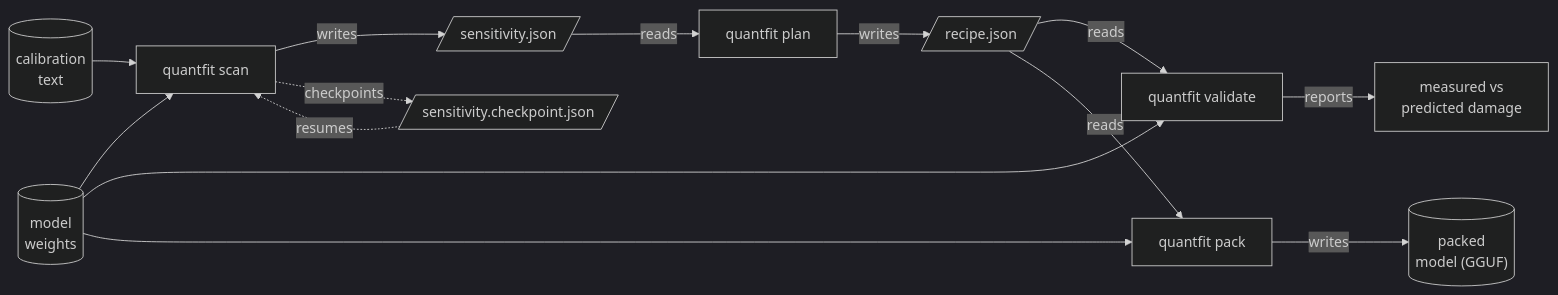
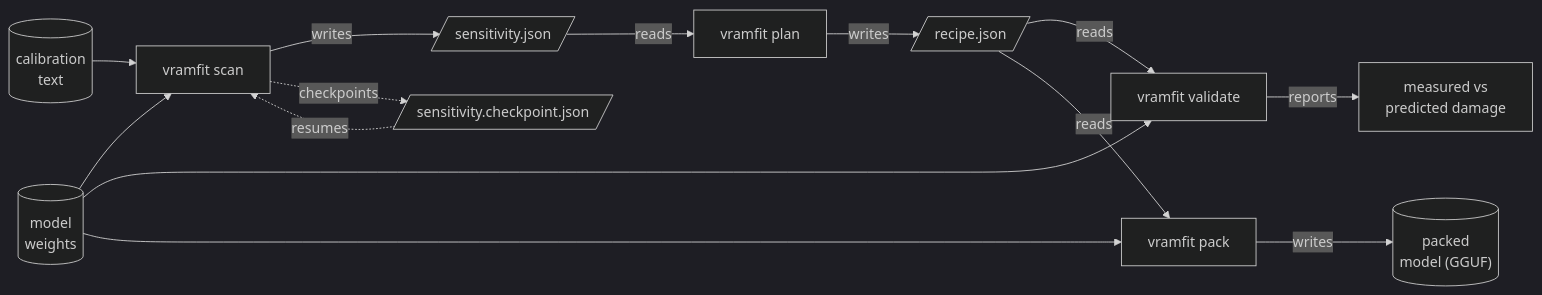
One commit to Alberto-Codes/vramfit changed the first of 3 diagrams in docs/explanation/architecture.md. Above: the diagram before and after it, drawn with Mermaid (dark theme). The commit also changed other lines of this file and 169 other files, not shown here.

First line of the commit message:
refactor(arch): rename quantfit to vramfit (#120)

````diff
--- a/docs/explanation/architecture.md
+++ b/docs/explanation/architecture.md
@@ -18,16 +18,16 @@
 ```mermaid
 flowchart LR
     W[("model<br/>weights")] --> SCAN
     C[("calibration<br/>text")] --> SCAN
-    SCAN["quantfit scan"] -->|writes| MAP[/"sensitivity.json"/]
-    MAP -->|reads| PLAN["quantfit plan"]
+    SCAN["vramfit scan"] -->|writes| MAP[/"sensitivity.json"/]
+    MAP -->|reads| PLAN["vramfit plan"]
     PLAN -->|writes| RECIPE[/"recipe.json"/]
-    RECIPE -->|reads| VAL["quantfit validate"]
+    RECIPE -->|reads| VAL["vramfit validate"]
     W --> VAL
     VAL -->|reports| GAP["measured vs<br/>predicted damage"]
-    RECIPE -->|reads| PACK["quantfit pack"]
+    RECIPE -->|reads| PACK["vramfit pack"]
     W --> PACK
     PACK -->|writes| OUT[("packed<br/>model (GGUF)")]
     SCAN -.->|checkpoints| CKPT[/"sensitivity.checkpoint.json"/]
     CKPT -.->|resumes| SCAN
 ```
````
